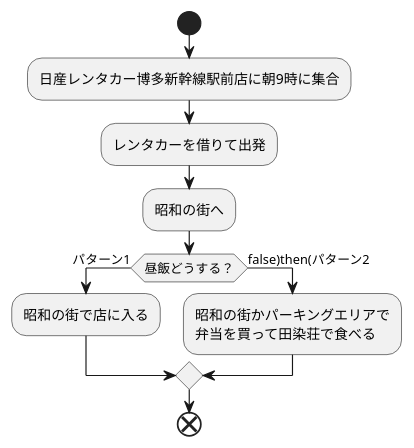
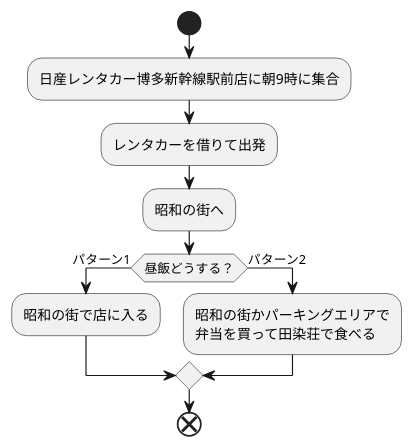
Before and after one commit to Aso2001369/2021sys-design: the diagram in trip.md, drawn with PlantUML.

````diff
--- a/trip.md
+++ b/trip.md
@@ -1,17 +1,17 @@
 ```uml
 @startuml
 start
 
 :日産レンタカー博多新幹線駅前店に朝9時に集合;
 :レンタカーを借りて出発;
 :昭和の街へ;
 if(昼飯どうする？)then(パターン1)
 :昭和の街で店に入る;
-else(false)then(パターン2)
+else(パターン2)
 :昭和の街かパーキングエリアで
 弁当を買って田染荘で食べる;
 endif
 
 end
 @enduml
 ```
````
